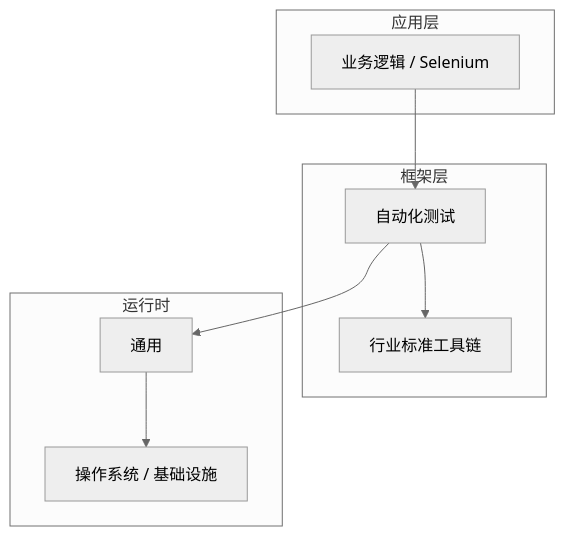
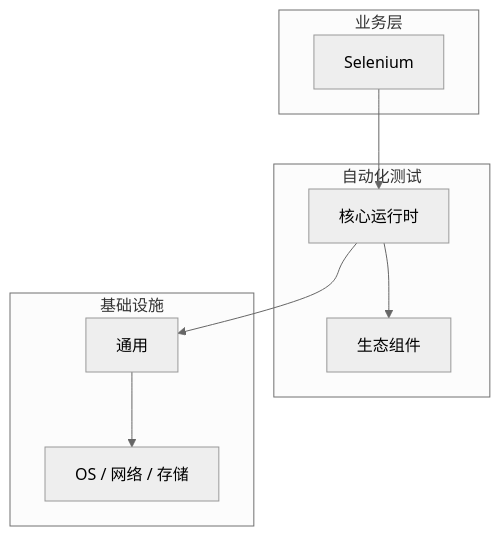
One commit to yanggan2015/knowledge-json-v2 changed the diagram in articles/自动化测试/chapters/050-Selenium核心概念与原理.md. Above: the diagram before and after it, drawn with Mermaid (neutral theme). The commit also changed other lines of this file and 10127 other files, not shown here.

````diff
--- a/articles/自动化测试/chapters/050-Selenium核心概念与原理.md
+++ b/articles/自动化测试/chapters/050-Selenium核心概念与原理.md
@@ -45,18 +34,18 @@
 ```mermaid
 graph TB
-    subgraph 应用层
-        A[业务逻辑 / Selenium]
+    subgraph 业务层
+        A[Selenium]
     end
-    subgraph 框架层
-        B[自动化测试]
-        C[行业标准工具链]
+    subgraph 自动化测试
+        B[核心运行时]
+        C[生态组件]
     end
-    subgraph 运行时
+    subgraph 基础设施
         D[通用]
-        E[操作系统 / 基础设施]
+        E[OS / 网络 / 存储]
     end
     A --> B
     B --> C
     B --> D
     D --> E
 ```
````
